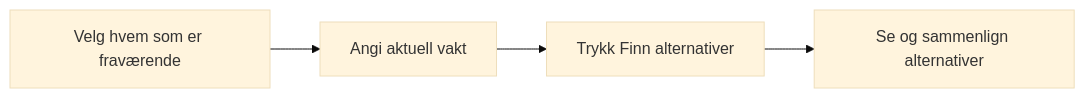
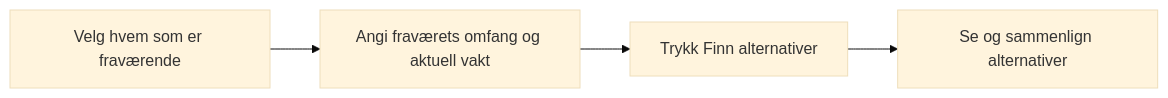
The diagram in _bmad-output/planning-artifacts/ux-designs/ux-G10-andreassen-lundberg-2026-10-31/.working/flow-fravaer-v1.md (IBE160-2026/G10-andreassen-lundberg), drawn with Mermaid (base theme) before and after one commit. The commit also changed other lines of this file and 1 other file, not shown here.

````diff
--- a/_bmad-output/planning-artifacts/ux-designs/ux-G10-andreassen-lundberg-2026-10-31/.working/flow-fravaer-v1.md
+++ b/_bmad-output/planning-artifacts/ux-designs/ux-G10-andreassen-lundberg-2026-10-31/.working/flow-fravaer-v1.md
@@ -7,6 +7,6 @@
 ```mermaid
 flowchart LR
-    A[Velg hvem som er fraværende] --> B[Angi aktuell vakt]
+    A[Velg hvem som er fraværende] --> B[Angi fraværets omfang og aktuell vakt]
     B --> C[Trykk Finn alternativer]
     C --> D[Se og sammenlign alternativer]
 ```
````
